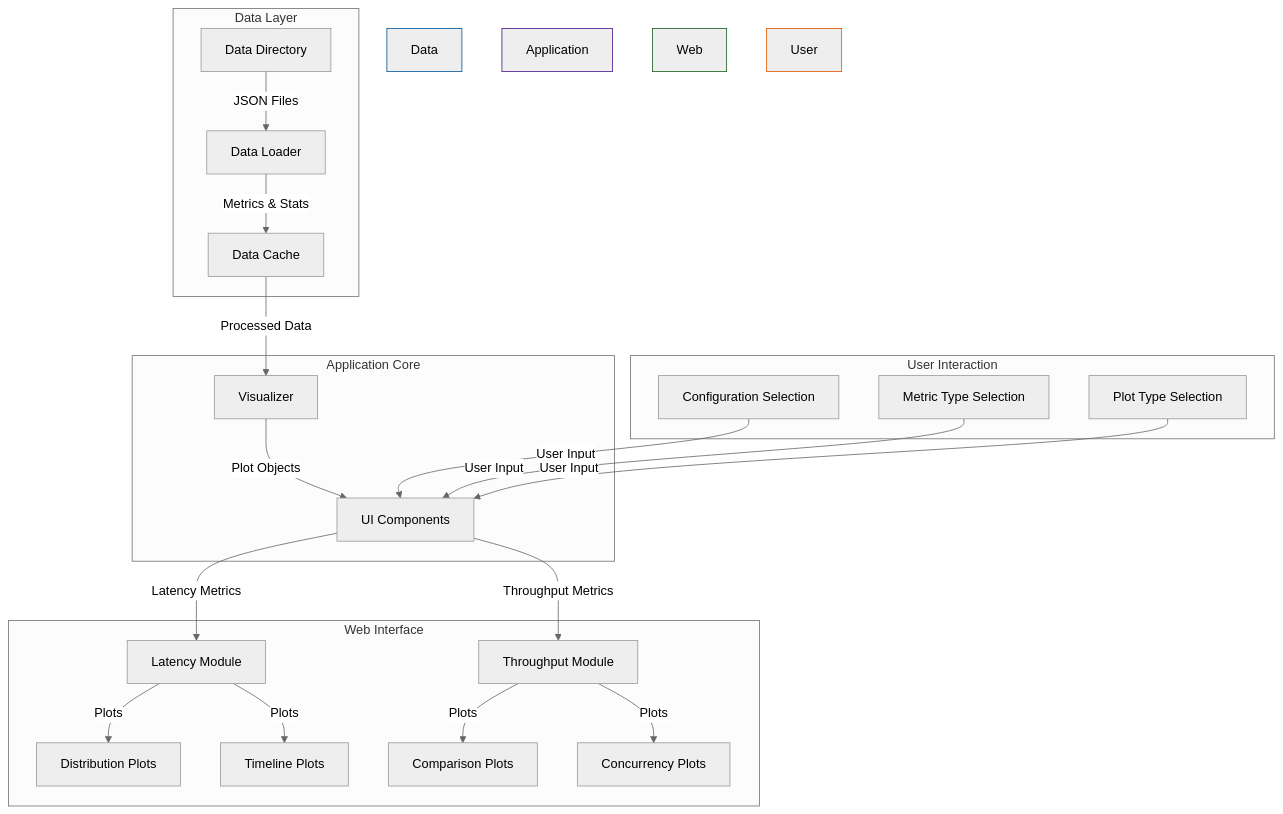
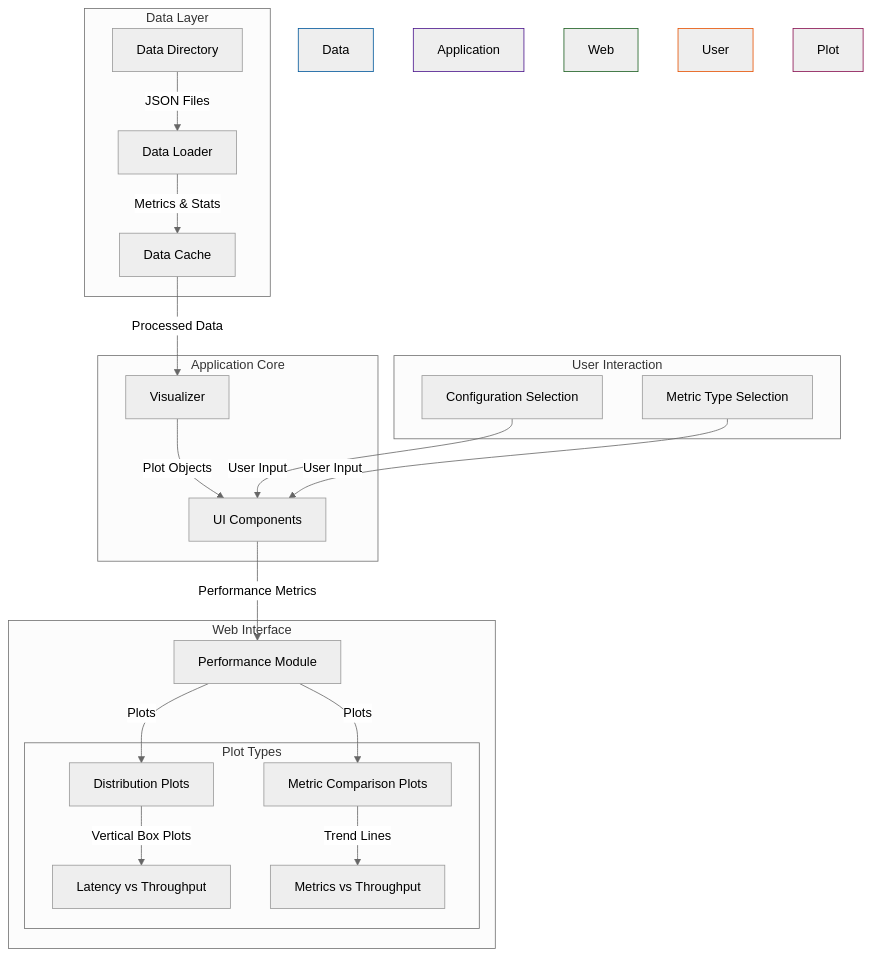
Before and after one commit to ansjindal/genai-perf-analyzer: the diagram in docs/architecture.md, drawn with Mermaid (neutral theme). The commit also changed other lines of this file and 7 other files, not shown here.

````diff
--- a/docs/architecture.md
+++ b/docs/architecture.md
@@ -5,33 +5,35 @@
 ```mermaid
 graph TB
     subgraph Data Layer
         D[Data Directory] --> |JSON Files| DL[Data Loader]
         DL --> |Metrics & Stats| DC[Data Cache]
     end
 
     subgraph Application Core
         DC --> |Processed Data| V[Visualizer]
         V --> |Plot Objects| UI[UI Components]
     end
 
     subgraph Web Interface
-        UI --> |Latency Metrics| LM[Latency Module]
-        UI --> |Throughput Metrics| TM[Throughput Module]
+        UI --> |Performance Metrics| PM[Performance Module]
         
-        LM --> |Plots| P1[Distribution Plots]
-        LM --> |Plots| P2[Timeline Plots]
-        TM --> |Plots| P3[Comparison Plots]
-        TM --> |Plots| P4[Concurrency Plots]
+        PM --> |Plots| P1[Distribution Plots]
+        PM --> |Plots| P2[Metric Comparison Plots]
+        
+        subgraph Plot Types
+            P1 --> |Vertical Box Plots| VB[Latency vs Throughput]
+            P2 --> |Trend Lines| TL[Metrics vs Throughput]
+        end
     end
 
     subgraph User Interaction
         C[Configuration Selection] --> |User Input| UI
         MT[Metric Type Selection] --> |User Input| UI
-        PT[Plot Type Selection] --> |User Input| UI
     end
 
     style Data Layer fill:#e1f5fe,stroke:#01579b
     style Application Core fill:#f3e5f5,stroke:#4a148c
     style Web Interface fill:#e8f5e9,stroke:#1b5e20
     style User Interaction fill:#fff3e0,stroke:#e65100
+    style Plot Types fill:#fce4ec,stroke:#880e4f
 ```
````
